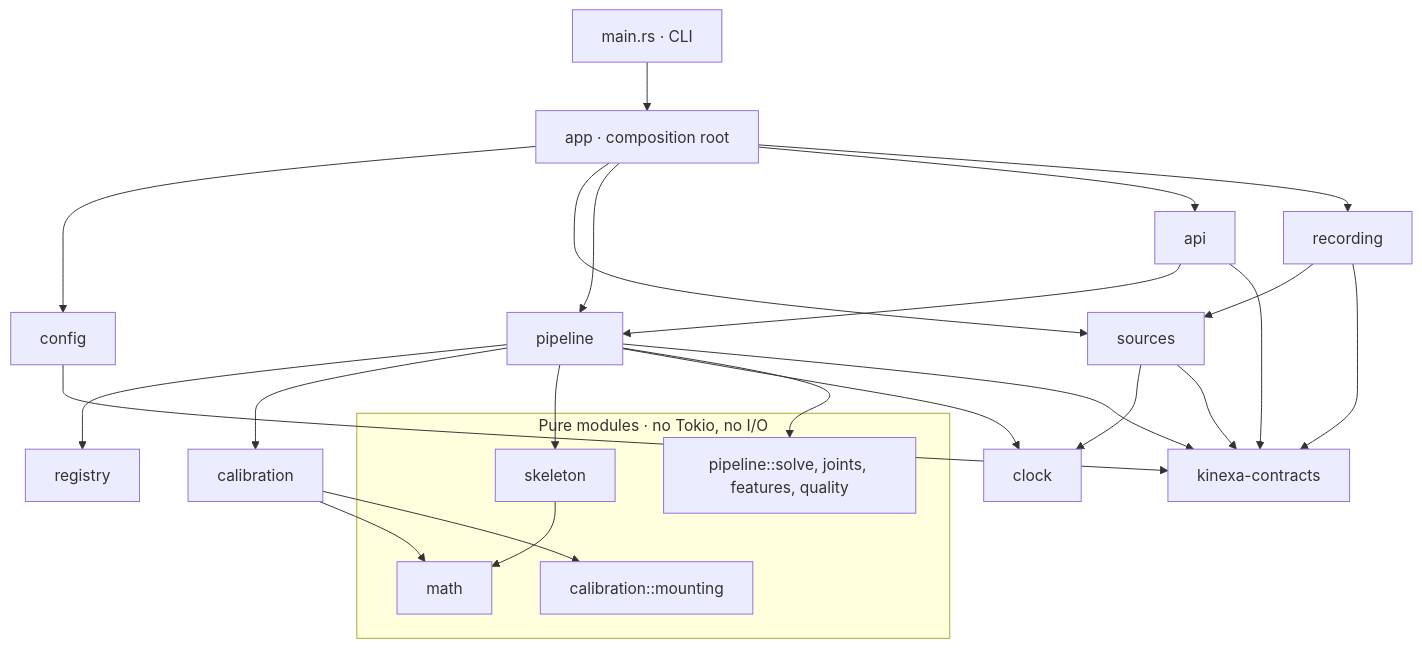
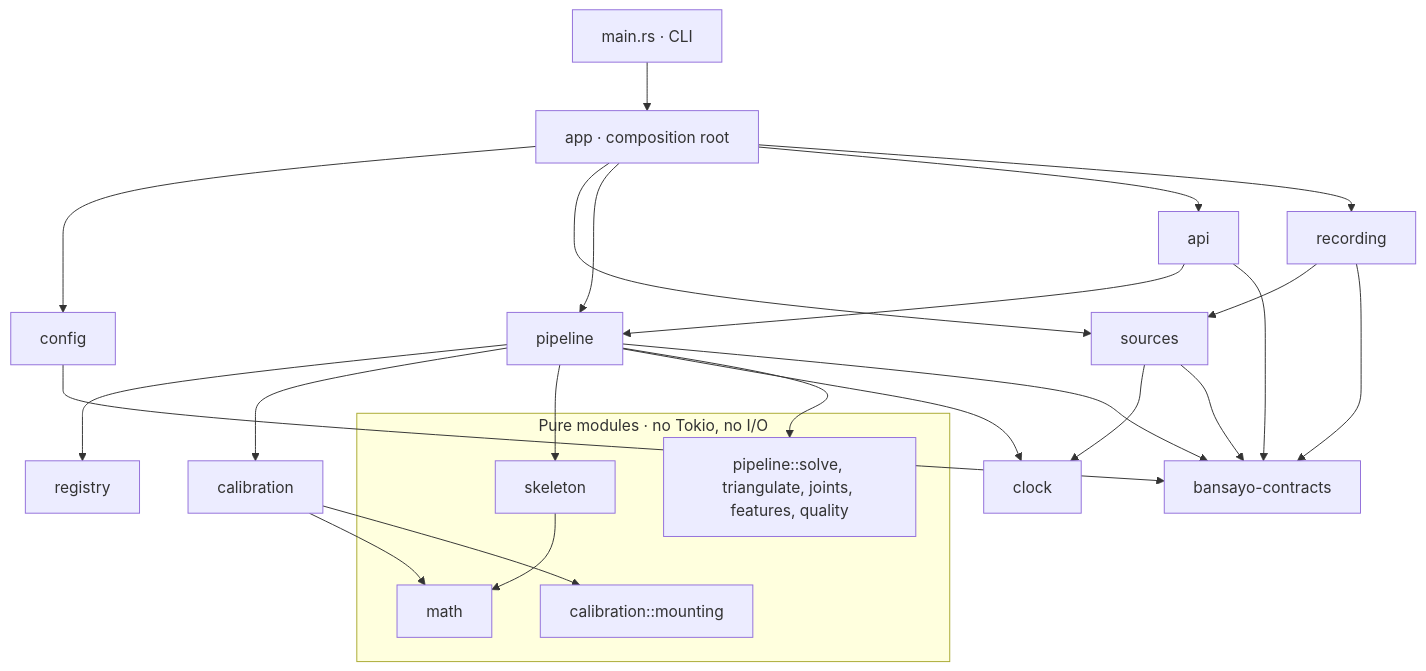
The second of 8 diagrams in docs/02-architecture.md (danielsobrado/Bansayo), drawn with Mermaid before and after one commit. The commit also changed other lines of this file and 184 other files, not shown here.

````diff
--- a/docs/02-architecture.md
+++ b/docs/02-architecture.md
@@ -78,35 +78,35 @@
 ```mermaid
 flowchart TD
   main["main.rs · CLI"] --> app["app · composition root"]
   app --> config
   app --> sources
   app --> pipeline
   app --> api
   app --> recording
 
   api --> pipeline
   sources --> clock
   pipeline --> registry
   pipeline --> calibration
   pipeline --> skeleton
   pipeline --> clock
   recording --> sources
   calibration --> math
   skeleton --> math
 
   subgraph PURE["Pure modules · no Tokio, no I/O"]
     skeleton
     math
-    solve["pipeline::solve, joints, features, quality"]
+    solve["pipeline::solve, triangulate, joints, features, quality"]
     calmath["calibration::mounting"]
   end
   pipeline --> solve
   calibration --> calmath
 
-  contracts["kinexa-contracts"]
+  contracts["bansayo-contracts"]
   config --> contracts
   sources --> contracts
   pipeline --> contracts
   api --> contracts
   recording --> contracts
 ```
````
